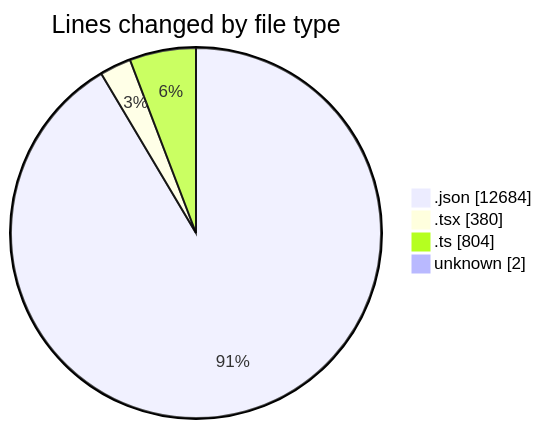
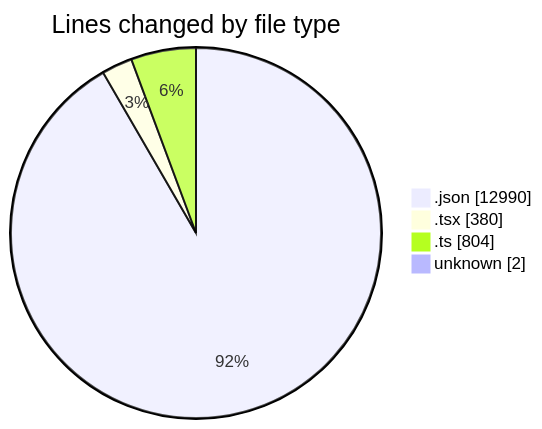
Before and after one commit to julien-gomy/code-tracking: the first of 2 diagrams in 2025-11-19/eventscop-frontend-guide__workspace_/README.md, drawn with Mermaid. The commit also changed other lines of this file and 1 other file, not shown here.

````diff
--- a/2025-11-19/eventscop-frontend-guide__workspace_/README.md
+++ b/2025-11-19/eventscop-frontend-guide__workspace_/README.md
@@ -46,8 +47,8 @@
 ```mermaid
 pie showData
 title Lines changed by file type
-".json" : 12684
+".json" : 12990
 ".tsx" : 380
 ".ts" : 804
 "unknown" : 2
 ```
````
